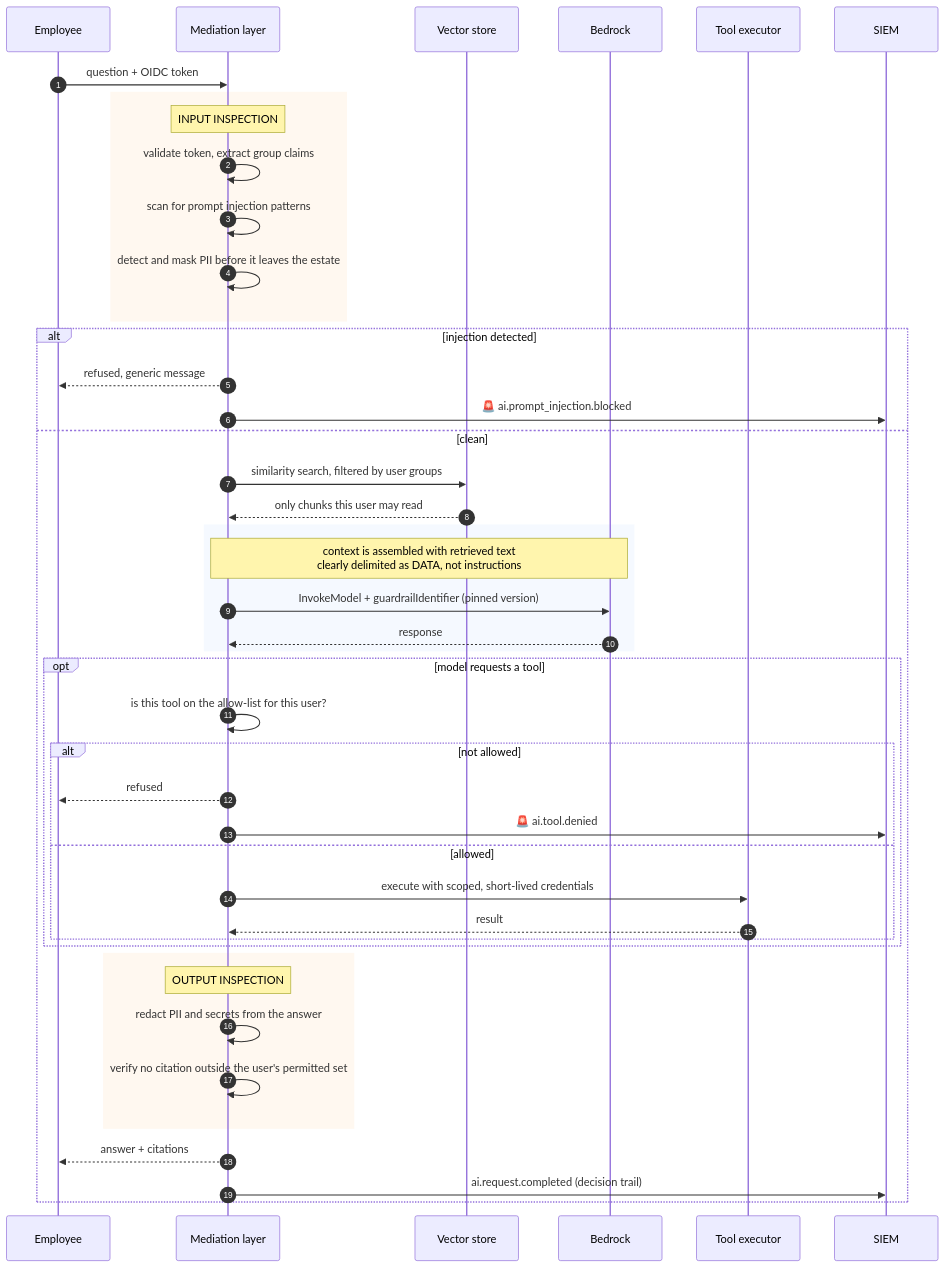
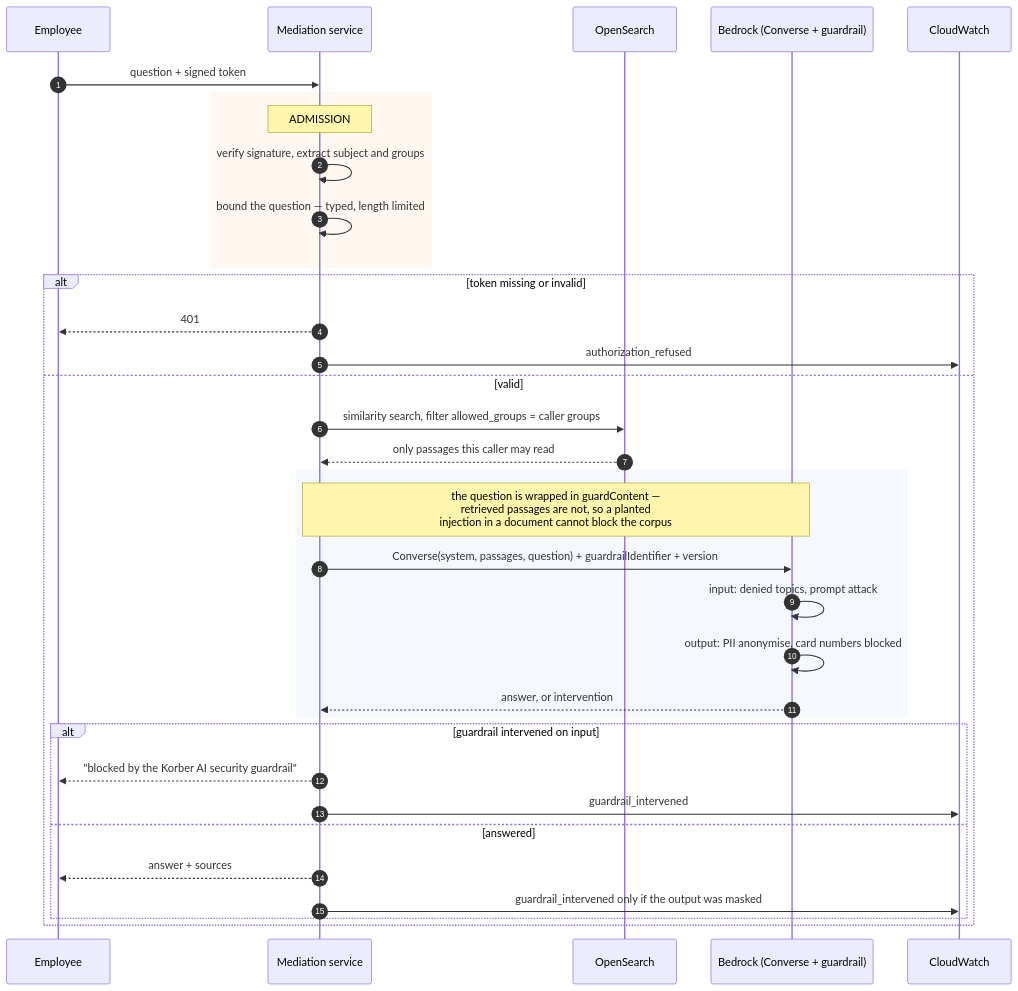
Before and after one commit to spdy999/ai-sec: the second of 3 diagrams in docs/deliverables/diagram/architecture.md, drawn with Mermaid. The commit also changed other lines of this file and 4 other files, not shown here.

Commit message:
docs(diagram): redraw the architecture against the deployed system

````diff
--- a/docs/deliverables/diagram/architecture.md
+++ b/docs/deliverables/diagram/architecture.md
@@ -84,53 +89,41 @@
 ```mermaid
 sequenceDiagram
     autonumber
     participant U as Employee
-    participant P as Mediation layer
-    participant V as Vector store
-    participant B as Bedrock
-    participant T as Tool executor
-    participant S as SIEM
+    participant P as Mediation service
+    participant V as OpenSearch
+    participant B as Bedrock (Converse + guardrail)
+    participant L as CloudWatch
 
-    U->>P: question + OIDC token
+    U->>P: question + signed token
 
     rect rgba(255, 244, 230, 0.6)
-        note over P: INPUT INSPECTION
-        P->>P: validate token, extract group claims
-        P->>P: scan for prompt injection patterns
-        P->>P: detect and mask PII before it leaves the estate
+        note over P: ADMISSION
+        P->>P: verify signature, extract subject and groups
+        P->>P: bound the question — typed, length limited
     end
 
-    alt injection detected
-        P-->>U: refused, generic message
-        P->>S: 🚨 ai.prompt_injection.blocked
-    else clean
-        P->>V: similarity search, filtered by user groups
-        V-->>P: only chunks this user may read
+    alt token missing or invalid
+        P-->>U: 401
+        P->>L: authorization_refused
+    else valid
+        P->>V: similarity search, filter allowed_groups = caller groups
+        V-->>P: only passages this caller may read
 
         rect rgba(238, 246, 255, 0.6)
-            note over P,B: context is assembled with retrieved text<br/>clearly delimited as DATA, not instructions
-            P->>B: InvokeModel + guardrailIdentifier (pinned version)
-            B-->>P: response
+            note over P,B: the question is wrapped in guardContent —<br/>retrieved passages are not, so a planted<br/>injection in a document cannot block the corpus
+            P->>B: Converse(system, passages, question) + guardrailIdentifier + version
+            B->>B: input: denied topics, prompt attack
+            B->>B: output: PII anonymise, card numbers blocked
+            B-->>P: answer, or intervention
         end
 
-        opt model requests a tool
-            P->>P: is this tool on the allow-list for this user?
-            alt not allowed
-                P-->>U: refused
-                P->>S: 🚨 ai.tool.denied
-            else allowed
-                P->>T: execute with scoped, short-lived credentials
-                T-->>P: result
-            end
+        alt guardrail intervened on input
+            P-->>U: "blocked by the Korber AI security guardrail"
+            P->>L: guardrail_intervened
+        else answered
+            P-->>U: answer + sources
+            P->>L: guardrail_intervened only if the output was masked
         end
-
-        rect rgba(255, 244, 230, 0.6)
-            note over P: OUTPUT INSPECTION
-            P->>P: redact PII and secrets from the answer
-            P->>P: verify no citation outside the user's permitted set
-        end
-
-        P-->>U: answer + citations
-        P->>S: ai.request.completed (decision trail)
     end
 ```
````
